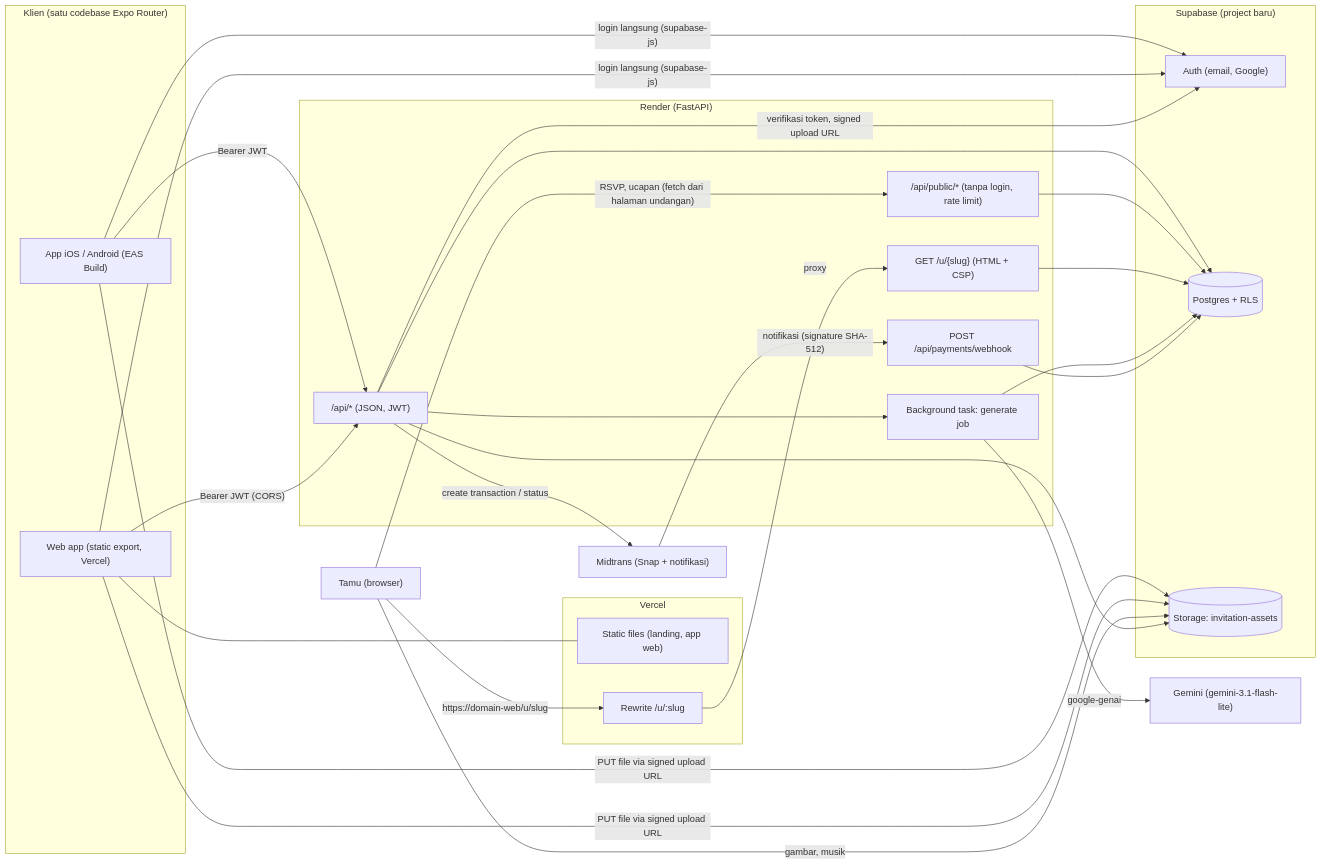
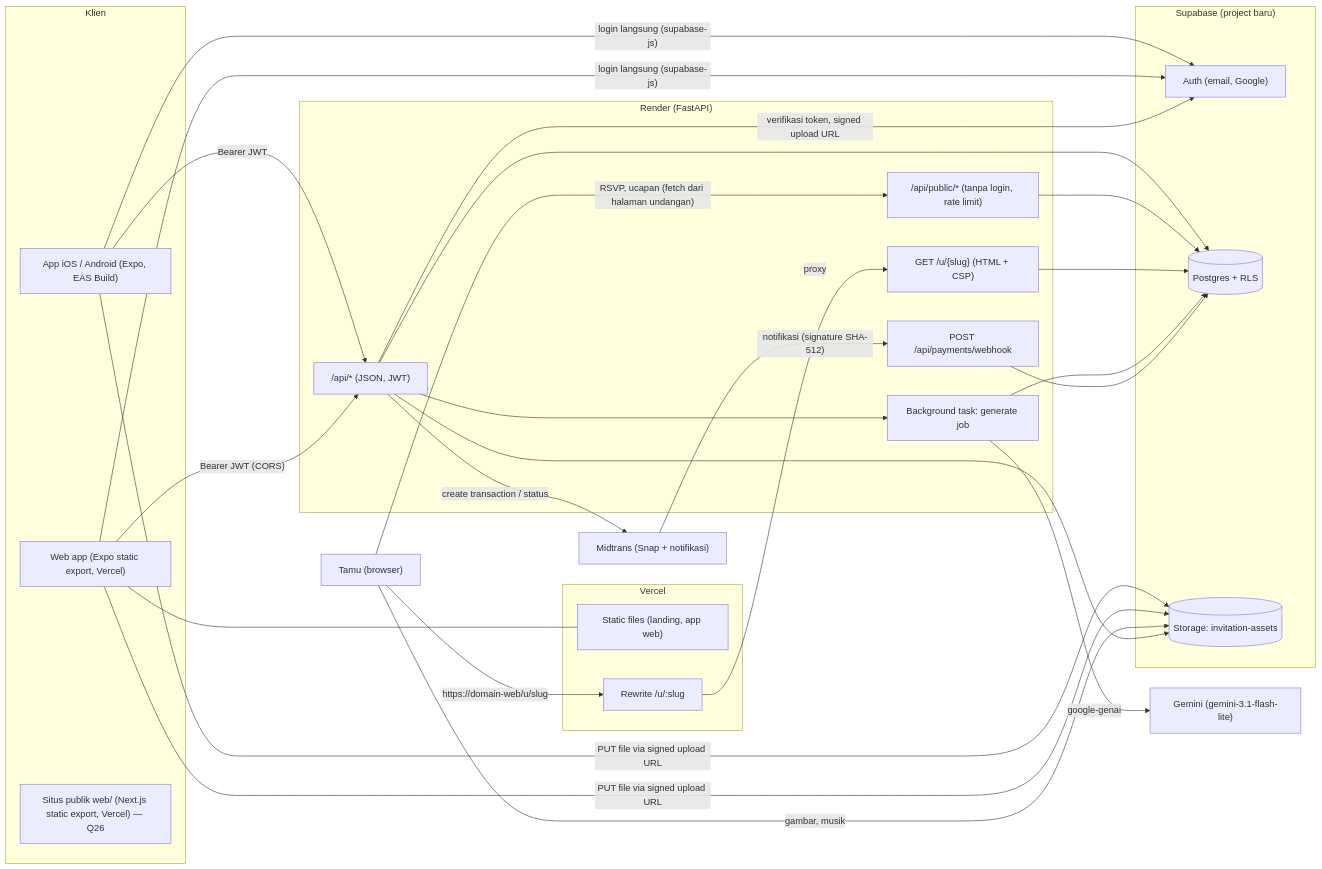
Before and after one commit to adrielwalintukan/cartaAI_MAD: the first of 4 diagrams in docs/04-arsitektur.md, drawn with Mermaid. The commit also changed other lines of this file and 54 other files, not shown here.

First line of the commit message:
feat(web): situs publik Next.js di web/ (hero 3D amplop, GSAP, Lenis) dan polesan app Expo

````diff
--- a/docs/04-arsitektur.md
+++ b/docs/04-arsitektur.md
@@ -13,55 +13,56 @@
 ```mermaid
 flowchart LR
-  subgraph Client["Klien (satu codebase Expo Router)"]
-    IOS["App iOS / Android (EAS Build)"]
-    WEB["Web app (static export, Vercel)"]
+  subgraph Client["Klien"]
+    IOS["App iOS / Android (Expo, EAS Build)"]
+    WEB["Web app (Expo static export, Vercel)"]
+    SITE["Situs publik web/ (Next.js static export, Vercel) — Q26"]
   end
 
   subgraph Vercel["Vercel"]
     STATIC["Static files (landing, app web)"]
     RW["Rewrite /u/:slug"]
   end
 
   subgraph Render["Render (FastAPI)"]
     API["/api/* (JSON, JWT)"]
     PUB["/api/public/* (tanpa login, rate limit)"]
     SERVE["GET /u/{slug} (HTML + CSP)"]
     WH["POST /api/payments/webhook"]
     JOB["Background task: generate job"]
   end
 
   subgraph Supabase["Supabase (project baru)"]
     AUTH["Auth (email, Google)"]
     PG[("Postgres + RLS")]
     STO[("Storage: invitation-assets")]
   end
 
   GEM["Gemini (gemini-3.1-flash-lite)"]
   MID["Midtrans (Snap + notifikasi)"]
   GUEST["Tamu (browser)"]
 
   IOS -->|"login langsung (supabase-js)"| AUTH
   WEB -->|"login langsung (supabase-js)"| AUTH
   IOS -->|"Bearer JWT"| API
   WEB -->|"Bearer JWT (CORS)"| API
   IOS -->|"PUT file via signed upload URL"| STO
   WEB -->|"PUT file via signed upload URL"| STO
 
   GUEST -->|"https://domain-web/u/slug"| RW
   RW -->|"proxy"| SERVE
   GUEST -->|"RSVP, ucapan (fetch dari halaman undangan)"| PUB
   GUEST -->|"gambar, musik"| STO
   WEB --- STATIC
 
   API --> PG
   API -->|"verifikasi token, signed upload URL"| AUTH
   API --> STO
   PUB --> PG
   SERVE --> PG
   API --> JOB
   JOB -->|"google-genai"| GEM
   JOB --> PG
   API -->|"create transaction / status"| MID
   MID -->|"notifikasi (signature SHA-512)"| WH
   WH --> PG
 ```
````
